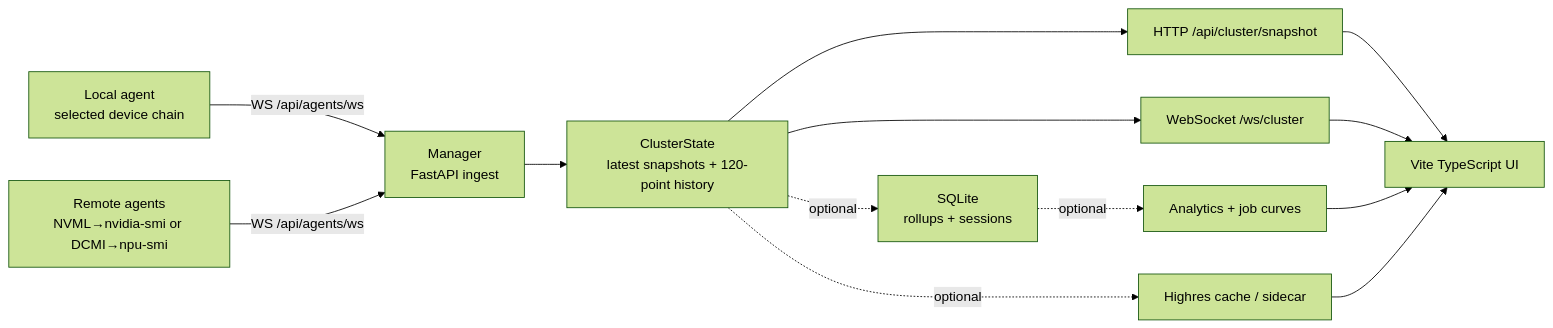
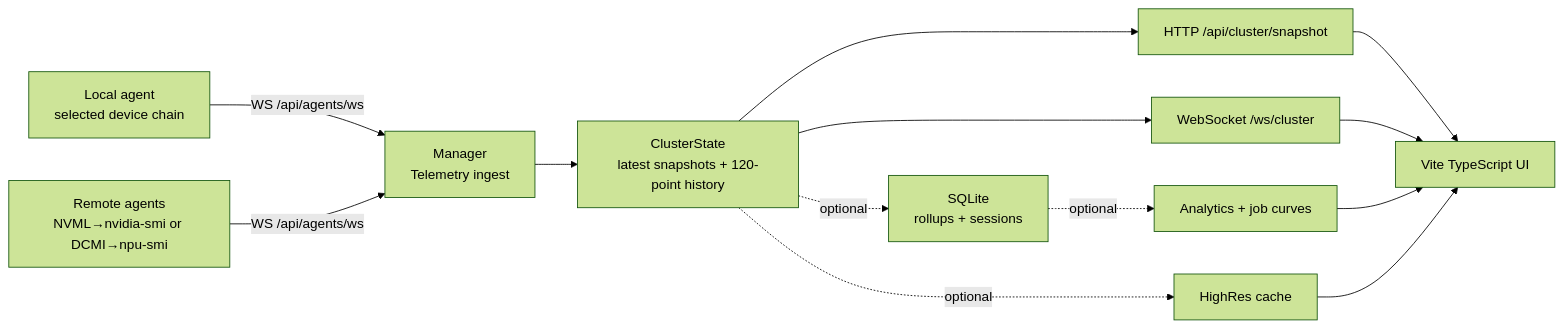
The diagram in README.md (kuma-loong/Constella), drawn with Mermaid (forest theme) before and after one commit. The commit also changed other lines of this file and 43 other files, not shown here.

````diff
--- a/README.md
+++ b/README.md
@@ -223,15 +145,15 @@
 ```mermaid
 flowchart LR
-  LA["Local agent<br/>selected device chain"] -->|"WS /api/agents/ws"| M["Manager<br/>FastAPI ingest"]
+  LA["Local agent<br/>selected device chain"] -->|"WS /api/agents/ws"| M["Manager<br/>Telemetry ingest"]
   RA["Remote agents<br/>NVML→nvidia-smi or DCMI→npu-smi"] -->|"WS /api/agents/ws"| M
   M --> S["ClusterState<br/>latest snapshots + 120-point history"]
   S --> API["HTTP /api/cluster/snapshot"]
   S --> WS["WebSocket /ws/cluster"]
   S -.optional.-> DB["SQLite<br/>rollups + sessions"]
   DB -.optional.-> AN["Analytics + job curves"]
-  S -.optional.-> HR["Highres cache / sidecar"]
+  S -.optional.-> HR["HighRes cache"]
   API --> UI["Vite TypeScript UI"]
   WS --> UI
   AN --> UI
   HR --> UI
 ```
````
